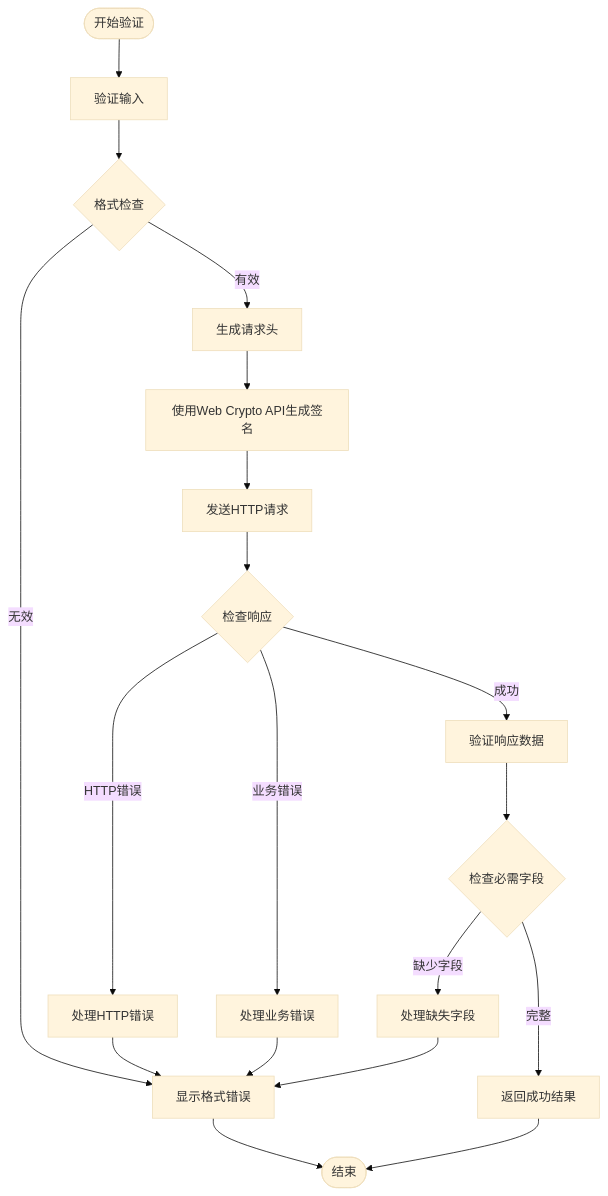
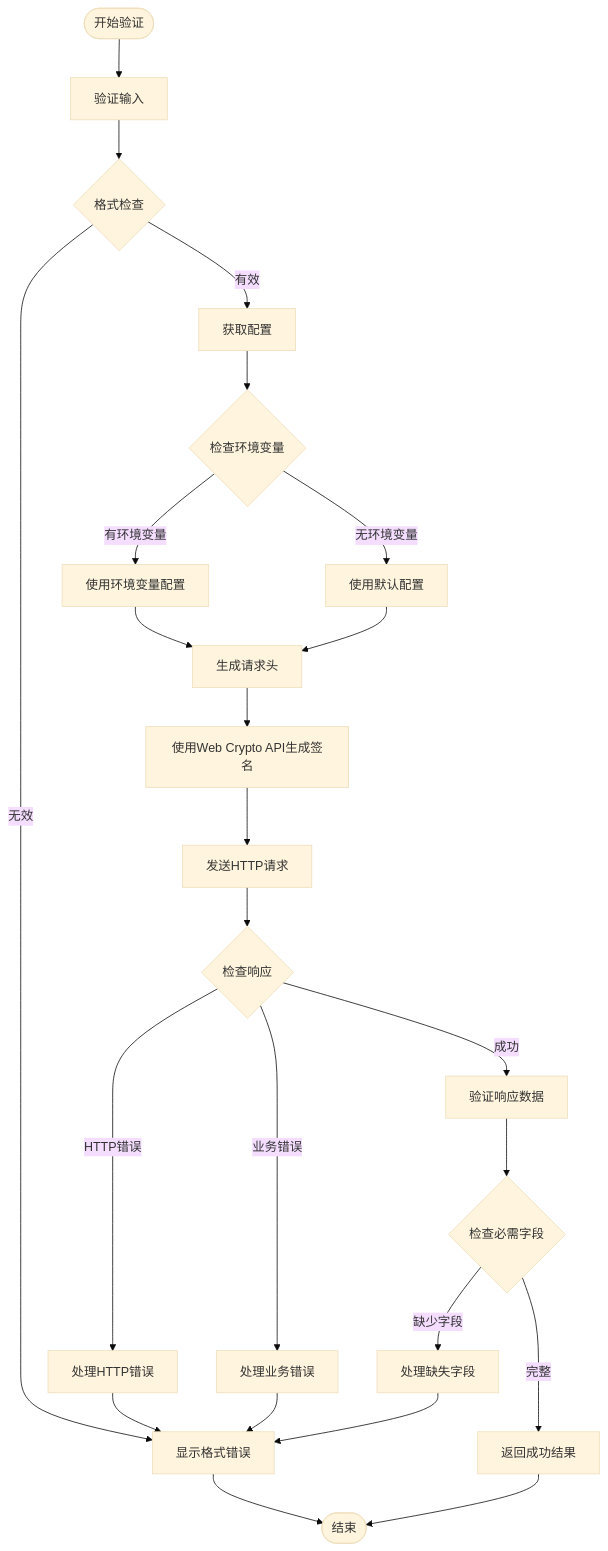
The fifth of 14 diagrams in .qoder/repowiki/zh/content/核心概念/邀请码API客户端.md (verse-ai-org/openclaw), drawn with Mermaid (base theme) before and after one commit. The commit also changed other lines of this file and 50 other files, not shown here.

````diff
--- a/.qoder/repowiki/zh/content/核心概念/邀请码API客户端.md
+++ b/.qoder/repowiki/zh/content/核心概念/邀请码API客户端.md
@@ -227,21 +259,26 @@
 ```mermaid
 flowchart TD
 Start([开始验证]) --> ValidateInput[验证输入]
 ValidateInput --> FormatCheck{格式检查}
 FormatCheck --> |无效| ShowError[显示格式错误]
-FormatCheck --> |有效| GenerateHeaders[生成请求头]
+FormatCheck --> |有效| GetConfig[获取配置]
+GetConfig --> EnvCheck{检查环境变量}
+EnvCheck --> |有环境变量| UseEnvConfig[使用环境变量配置]
+EnvCheck --> |无环境变量| UseDefaultConfig[使用默认配置]
+UseEnvConfig --> GenerateHeaders[生成请求头]
+UseDefaultConfig --> GenerateHeaders
 GenerateHeaders --> SignRequest[使用Web Crypto API生成签名]
 SignRequest --> MakeRequest[发送HTTP请求]
 MakeRequest --> CheckResponse{检查响应}
 CheckResponse --> |HTTP错误| HandleHttpError[处理HTTP错误]
 CheckResponse --> |业务错误| HandleBusinessError[处理业务错误]
 CheckResponse --> |成功| ValidateData[验证响应数据]
 ValidateData --> CheckRequired{检查必需字段}
 CheckRequired --> |缺少字段| HandleMissingFields[处理缺失字段]
 CheckRequired --> |完整| Success[返回成功结果]
 HandleHttpError --> ShowError
 HandleBusinessError --> ShowError
 HandleMissingFields --> ShowError
 ShowError --> End([结束])
 Success --> End
 ```
````
